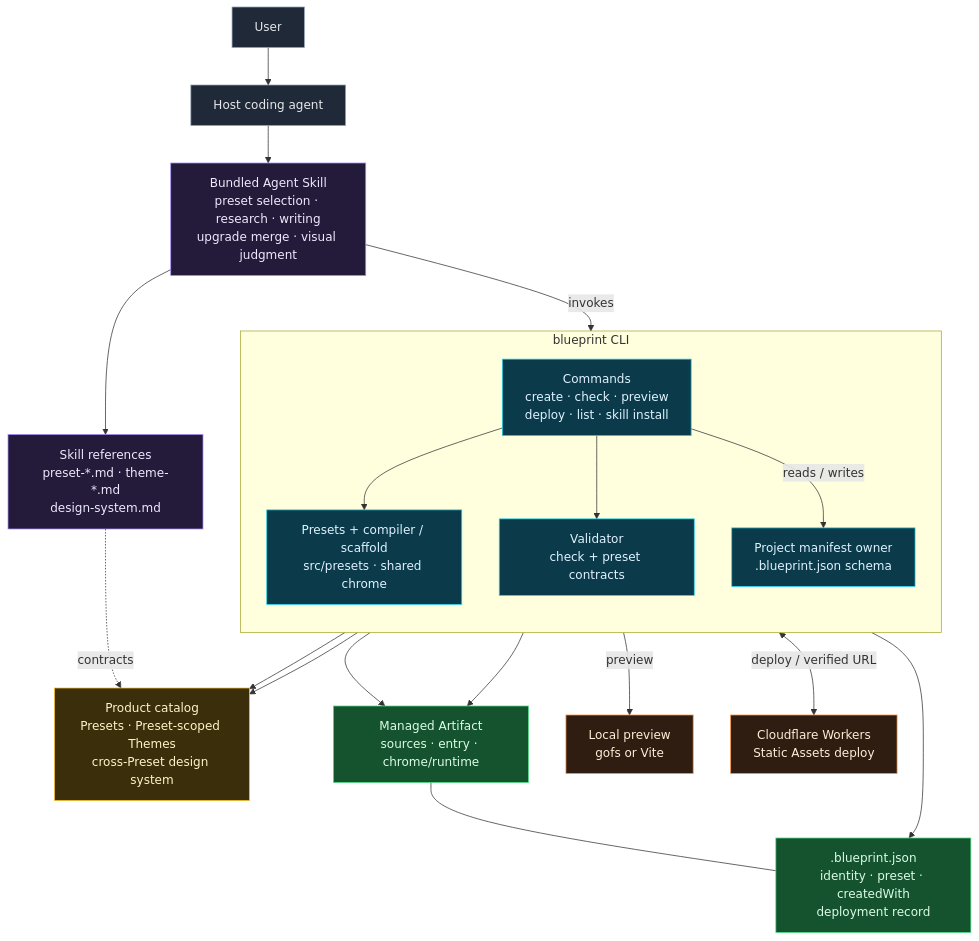
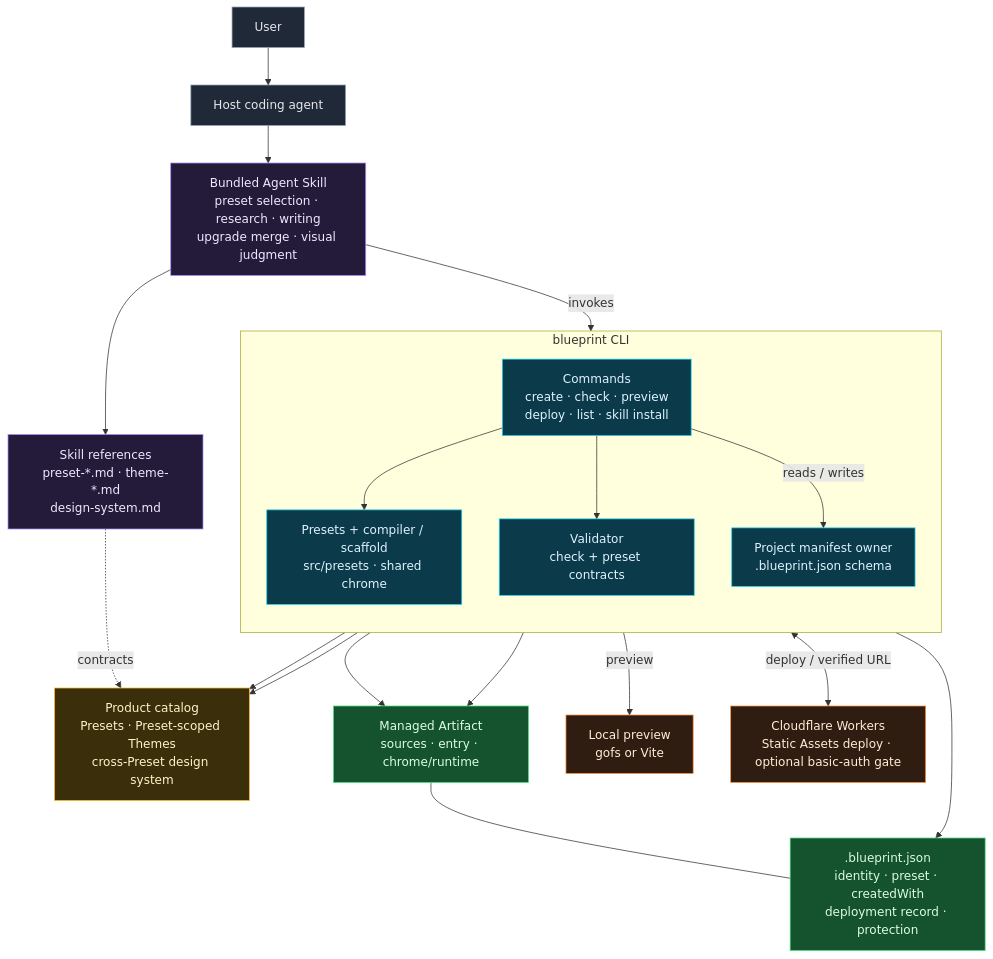
The diagram in docs/architecture/live/blueprint.mmd (samzong/blueprint), drawn with Mermaid before and after one commit. The commit also changed 7 other files, not shown here.

Commit message:
feat(deploy): add --protect basic-auth gate for published Workers (#22)

```diff
--- a/docs/architecture/live/blueprint.mmd
+++ b/docs/architecture/live/blueprint.mmd
@@ -1,50 +1,50 @@
 %% blueprint — CLI + Agent Skill architecture
 %% Single source of truth for this repository's system boundary.
 %% UPDATE THIS FILE in the same change whenever the architecture changes.
 %% See README.md in this directory.
 flowchart TB
     classDef actor fill:#1f2937,stroke:#94a3b8,stroke-width:1px,color:#e5e7eb
     classDef skill fill:#241b3a,stroke:#a78bfa,stroke-width:1px,color:#ede9fe
     classDef cli fill:#0b3b4a,stroke:#22d3ee,stroke-width:1px,color:#e0f2fe
     classDef catalog fill:#3b2f0b,stroke:#fbbf24,stroke-width:1px,color:#fef3c7
     classDef artifact fill:#14532d,stroke:#4ade80,stroke-width:1px,color:#dcfce7
     classDef external fill:#2f1d12,stroke:#fb923c,stroke-width:1px,color:#ffedd5
 
     User["User"]:::actor
     Agent["Host coding agent"]:::actor
 
     Skill["Bundled Agent Skill<br/>preset selection · research · writing<br/>upgrade merge · visual judgment"]:::skill
     Refs["Skill references<br/>preset-*.md · theme-*.md<br/>design-system.md"]:::skill
 
     subgraph CLI["blueprint CLI"]
         direction TB
         Commands["Commands<br/>create · check · preview<br/>deploy · list · skill install"]:::cli
         Compiler["Presets + compiler / scaffold<br/>src/presets · shared chrome"]:::cli
         Validator["Validator<br/>check + preset contracts"]:::cli
         Manifest["Project manifest owner<br/>.blueprint.json schema"]:::cli
         Commands --> Compiler
         Commands --> Validator
         Commands -->|"reads / writes"| Manifest
     end
 
     Catalog["Product catalog<br/>Presets · Preset-scoped Themes<br/>cross-Preset design system"]:::catalog
 
     Artifact["Managed Artifact<br/>sources · entry · chrome/runtime"]:::artifact
-    ProjectMeta[".blueprint.json<br/>identity · preset · createdWith<br/>deployment record"]:::artifact
+    ProjectMeta[".blueprint.json<br/>identity · preset · createdWith<br/>deployment record · protection"]:::artifact
 
     Preview["Local preview<br/>gofs or Vite"]:::external
-    Wrangler["Cloudflare Workers<br/>Static Assets deploy"]:::external
+    Wrangler["Cloudflare Workers<br/>Static Assets deploy · optional basic-auth gate"]:::external
 
     User --> Agent
     Agent --> Skill
     Skill --> Refs
     Skill -->|"invokes"| Commands
     Refs -.->|"contracts"| Catalog
     Compiler --> Catalog
     Validator --> Catalog
     Compiler --> Artifact
     Validator --> Artifact
     Manifest --> ProjectMeta
     Artifact --- ProjectMeta
     Commands -->|"preview"| Preview
     Commands <-->|"deploy / verified URL"| Wrangler
```
